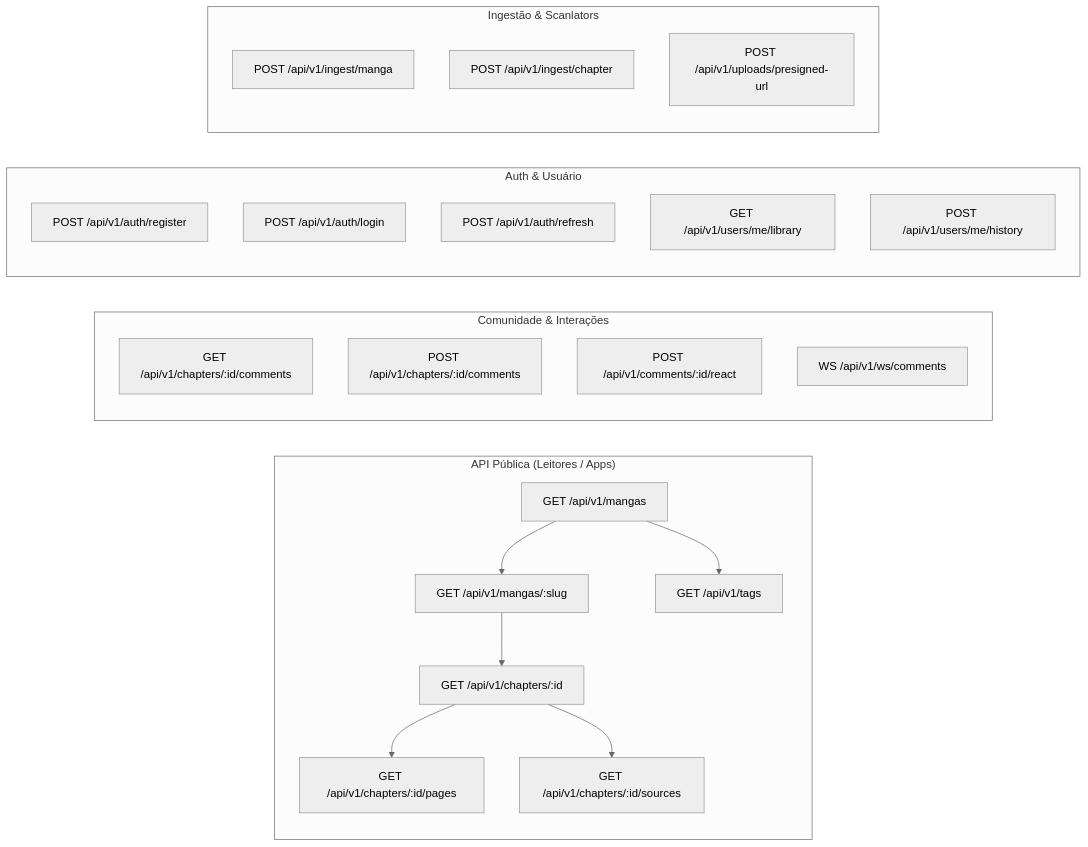
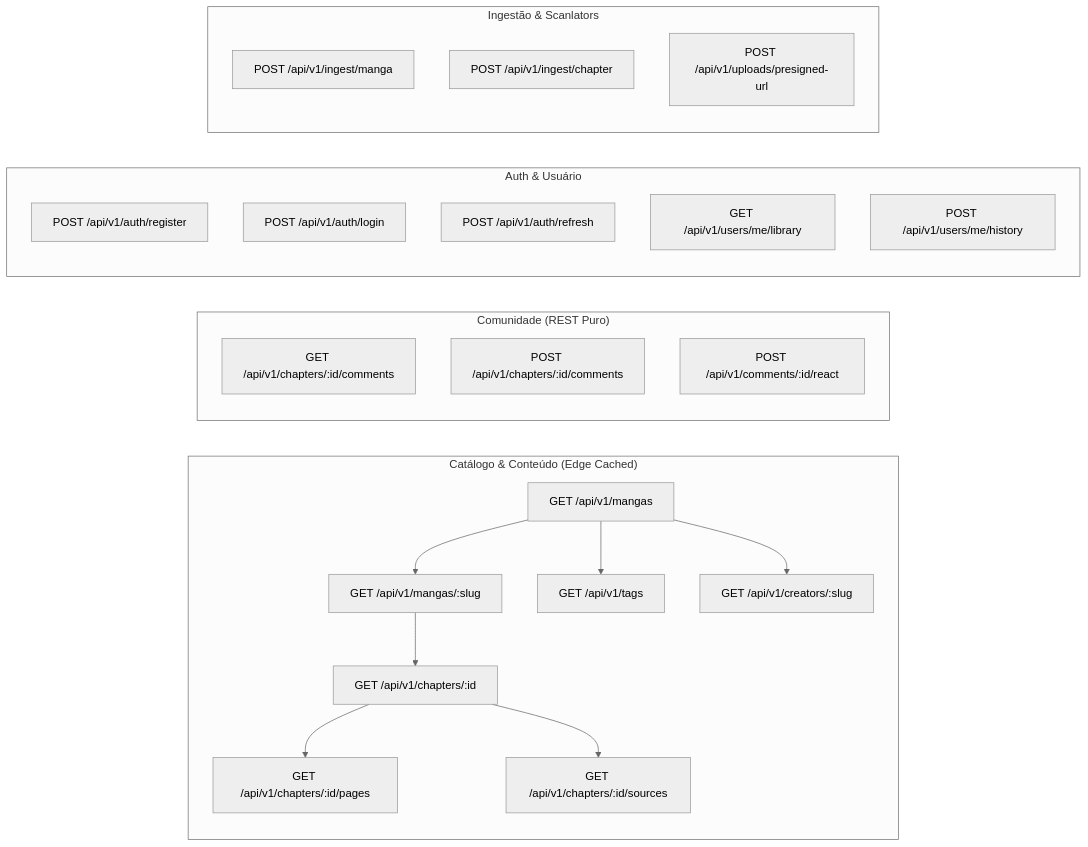
One commit to Honbakoo/docs changed the diagram in API_SPECIFICATION.md. Above: the diagram before and after it, drawn with Mermaid (neutral theme). The commit also changed other lines of this file and 1 other file, not shown here.

Commit message:
docs: eliminate WebSockets in favor of stateless REST with CDN edge caching

````diff
--- a/API_SPECIFICATION.md
+++ b/API_SPECIFICATION.md
@@ -45,31 +33,31 @@
 ```mermaid
 flowchart LR
-    subgraph "API Pública (Leitores / Apps)"
+    subgraph "Catálogo & Conteúdo (Edge Cached)"
         A1[GET /api/v1/mangas] --> A2[GET /api/v1/mangas/:slug]
         A2 --> A3[GET /api/v1/chapters/:id]
         A3 --> A4[GET /api/v1/chapters/:id/pages]
         A3 --> A5[GET /api/v1/chapters/:id/sources]
         A1 --> A6[GET /api/v1/tags]
+        A1 --> A7[GET /api/v1/creators/:slug]
     end
 
-    subgraph "Comunidade & Interações"
+    subgraph "Comunidade (REST Puro)"
         C1[GET /api/v1/chapters/:id/comments]
         C2[POST /api/v1/chapters/:id/comments]
         C3[POST /api/v1/comments/:id/react]
-        C4[WS /api/v1/ws/comments]
     end
 
     subgraph "Auth & Usuário"
         U1[POST /api/v1/auth/register]
         U2[POST /api/v1/auth/login]
         U3[POST /api/v1/auth/refresh]
         U4[GET /api/v1/users/me/library]
         U5[POST /api/v1/users/me/history]
     end
 
     subgraph "Ingestão & Scanlators"
         I1[POST /api/v1/ingest/manga]
         I2[POST /api/v1/ingest/chapter]
         I3[POST /api/v1/uploads/presigned-url]
     end
 ```
````
